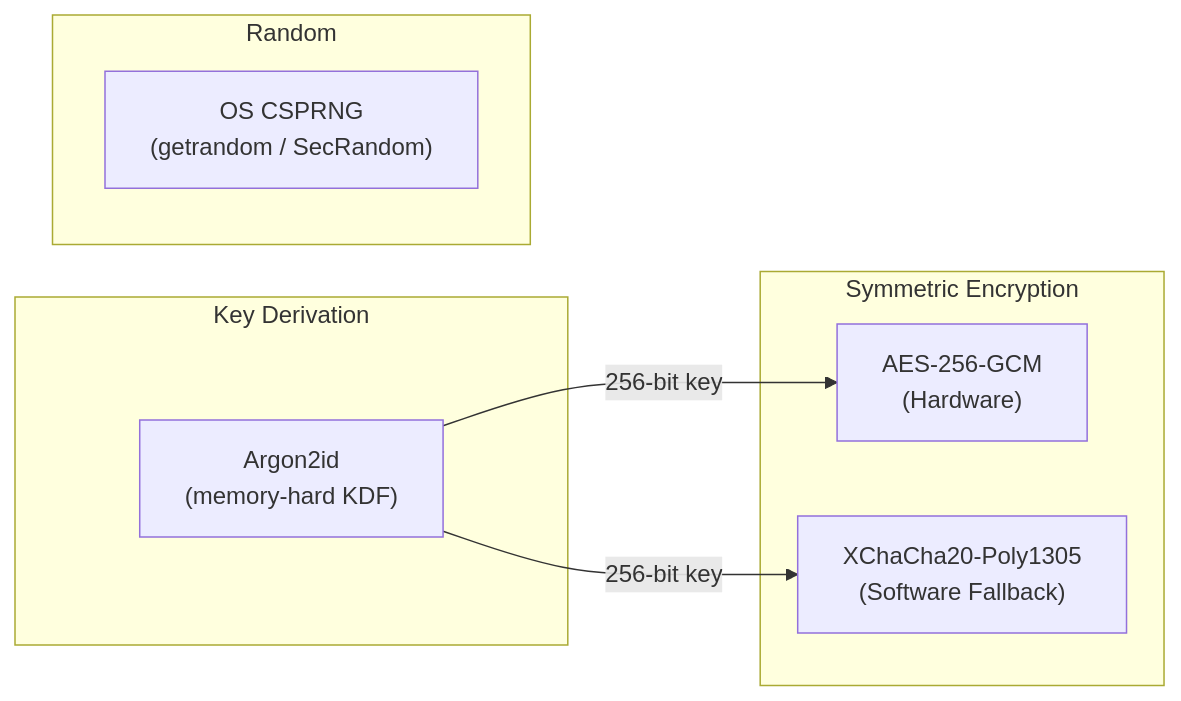
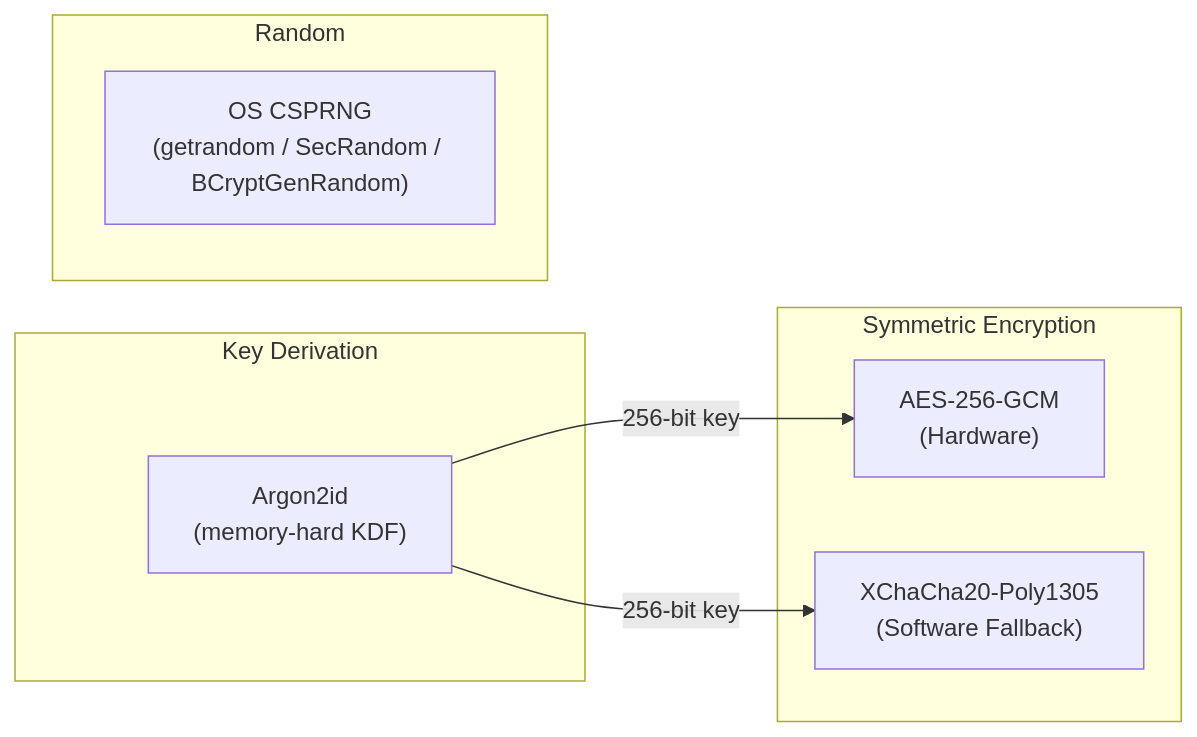
The third of 6 diagrams in SECURITY.md (xenonpass/butane), drawn with Mermaid before and after one commit. The commit also changed other lines of this file, not shown here.

````diff
--- a/SECURITY.md
+++ b/SECURITY.md
@@ -100,18 +102,18 @@
 ```mermaid
 flowchart LR
     subgraph "Symmetric Encryption"
         AES["AES-256-GCM\n(Hardware)"]
         CHA["XChaCha20-Poly1305\n(Software Fallback)"]
     end
 
     subgraph "Key Derivation"
         KDF["Argon2id\n(memory-hard KDF)"]
     end
 
     subgraph "Random"
-        RNG["OS CSPRNG\n(getrandom / SecRandom)"]
+        RNG["OS CSPRNG\n(getrandom / SecRandom / BCryptGenRandom)"]
     end
 
     KDF -->|"256-bit key"| AES
     KDF -->|"256-bit key"| CHA
 ```
````
